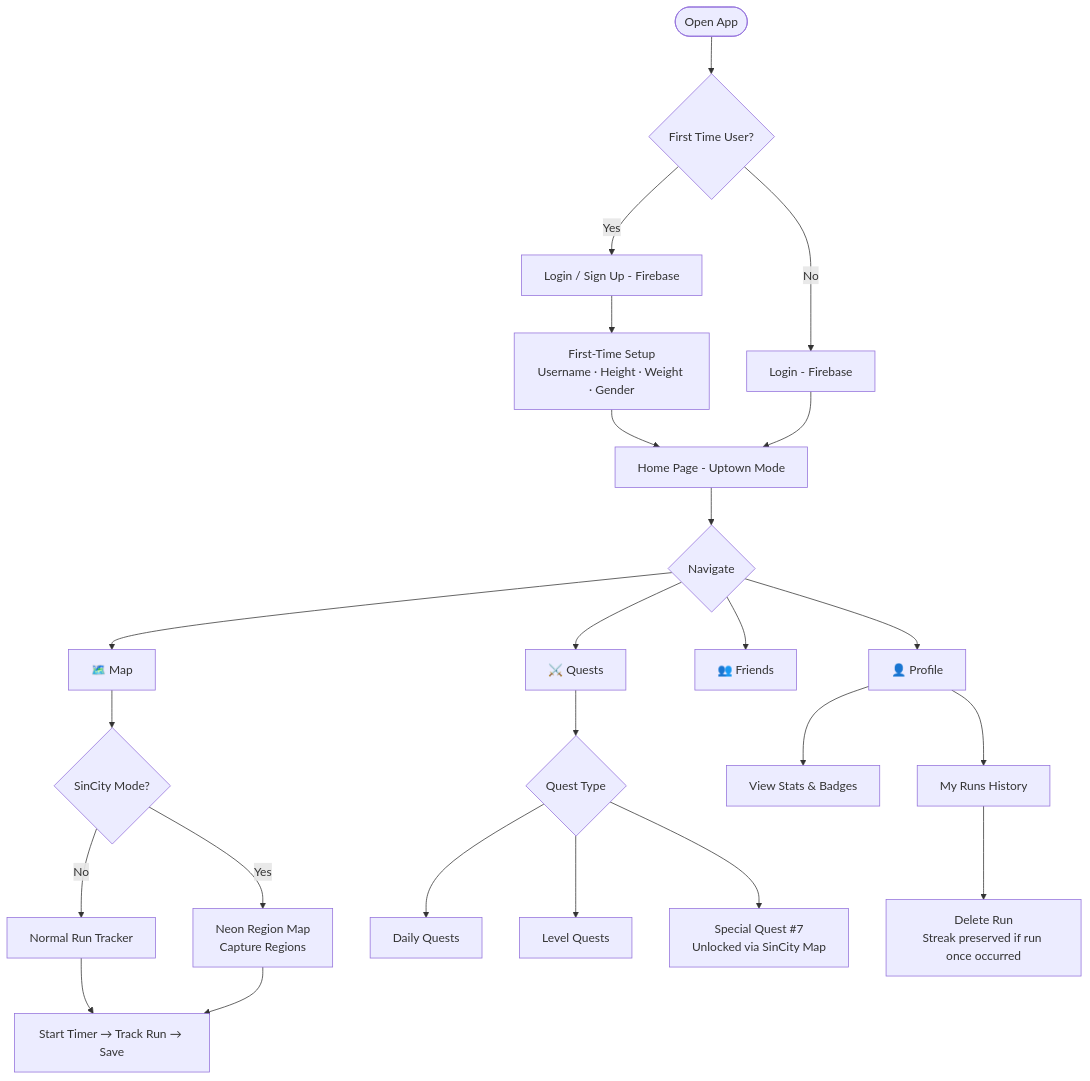
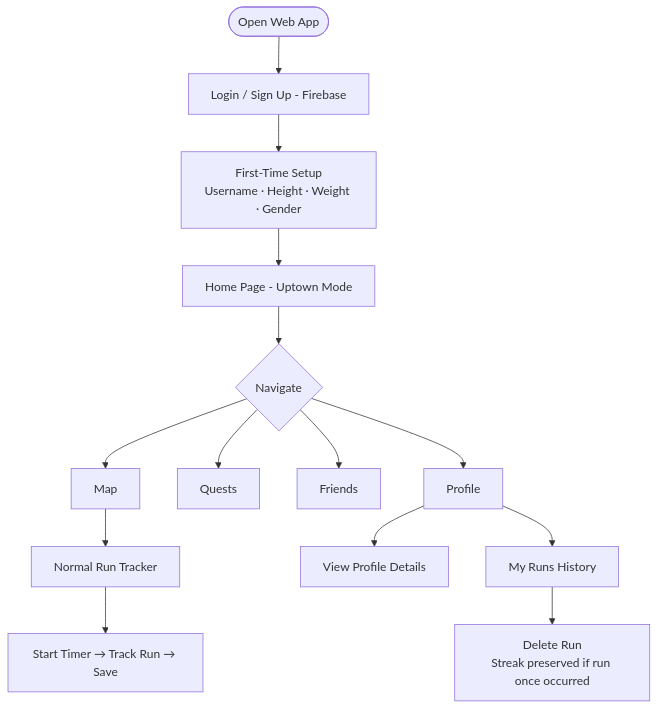
Before and after one commit to manvik0730v/hacknite: the second of 7 diagrams in README.md, drawn with Mermaid. The commit also changed other lines of this file and 1 other file, not shown here.

````diff
--- a/README.md
+++ b/README.md
@@ -154,30 +101,19 @@
 ```mermaid
 flowchart TD
-    A([Open App]) --> B{First Time User?}
-    B -->|Yes| C[Login / Sign Up - Firebase]
-    B -->|No| D[Login - Firebase]
+    A([Open Web App]) --> C[Login / Sign Up - Firebase]
     C --> E[First-Time Setup\nUsername · Height · Weight · Gender]
     E --> F[Home Page - Uptown Mode]
-    D --> F
 
     F --> G{Navigate}
-    G --> H[🗺️ Map]
-    G --> I[⚔️ Quests]
-    G --> J[👥 Friends]
-    G --> K[👤 Profile]
+    G --> H[Map]
+    G --> I[Quests]
+    G --> J[Friends]
+    G --> K[Profile]
 
-    H --> L{SinCity Mode?}
-    L -->|Yes| M[Neon Region Map\nCapture Regions]
-    L -->|No| N[Normal Run Tracker]
+    H --> N[Normal Run Tracker]
     N --> O[Start Timer → Track Run → Save]
-    M --> O
 
-    I --> P{Quest Type}
-    P --> Q[Daily Quests]
-    P --> R[Level Quests]
-    P --> S[Special Quest #7\nUnlocked via SinCity Map]
-
-    K --> T[View Stats & Badges]
+    K --> T[View Profile Details]
     K --> U[My Runs History]
     U --> V[Delete Run\nStreak preserved if run once occurred]
 ```
````
